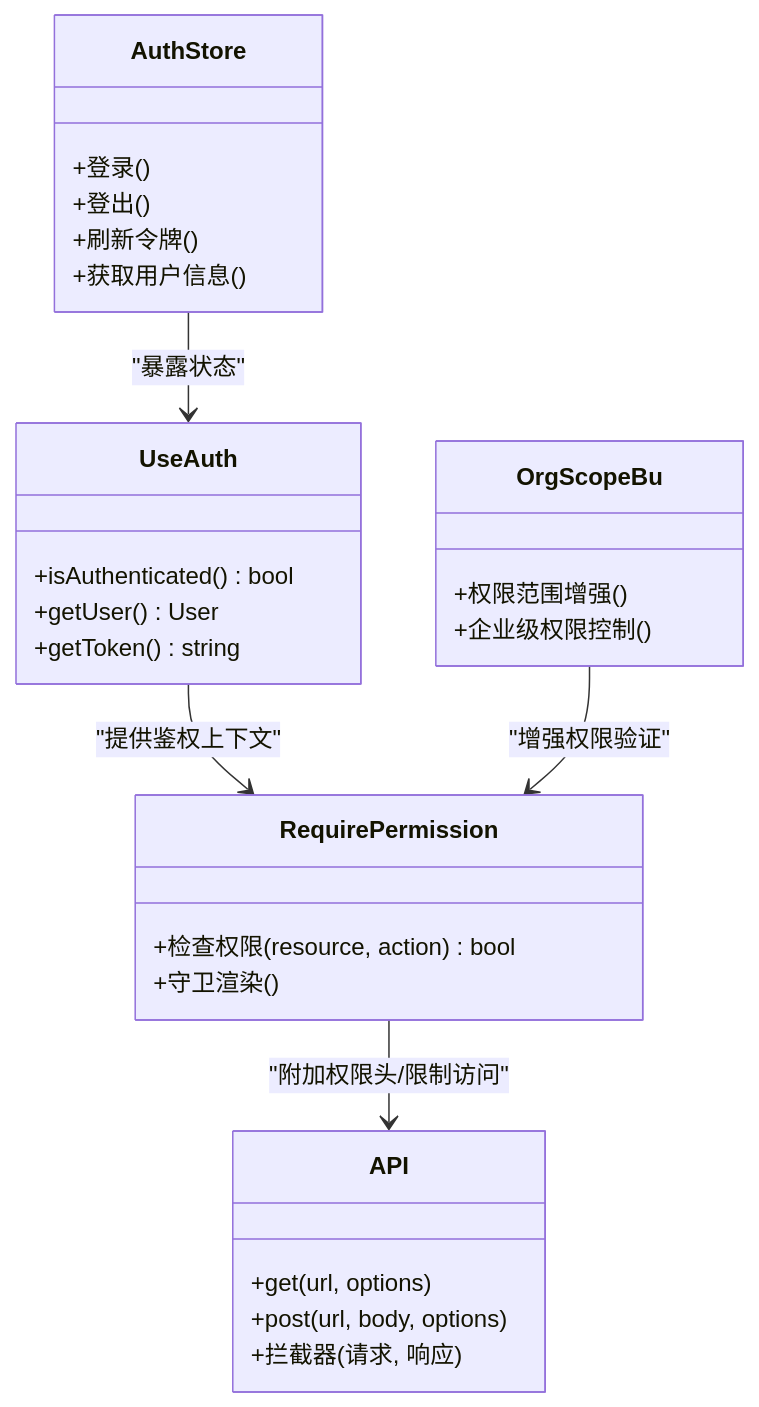
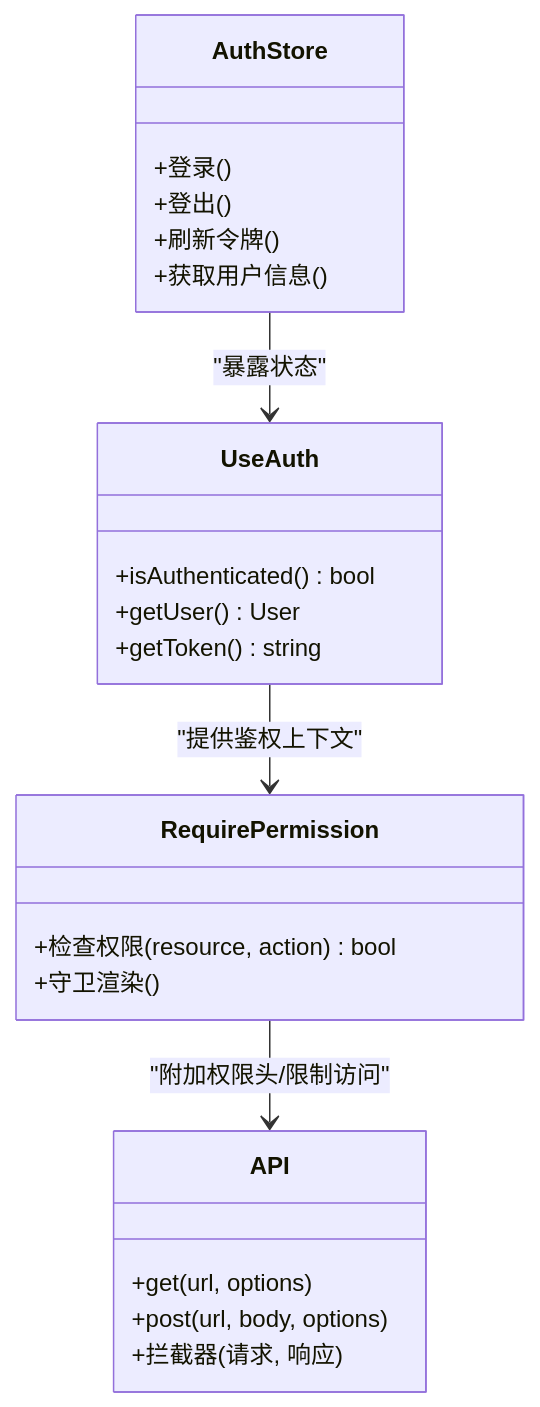
Before and after one commit to Damao997/newproject: the fourth of 6 diagrams in .qoder/repowiki/zh/content/架构设计/数据库架构设计.md, drawn with Mermaid. The commit also changed other lines of this file and 30 other files, not shown here.

````diff
--- a/.qoder/repowiki/zh/content/架构设计/数据库架构设计.md
+++ b/.qoder/repowiki/zh/content/架构设计/数据库架构设计.md
@@ -241,31 +208,26 @@
 ```mermaid
 classDiagram
 class AuthStore {
 +登录()
 +登出()
 +刷新令牌()
 +获取用户信息()
 }
 class UseAuth {
 +isAuthenticated() bool
 +getUser() User
 +getToken() string
 }
 class RequirePermission {
 +检查权限(resource, action) bool
 +守卫渲染()
 }
 class API {
 +get(url, options)
 +post(url, body, options)
 +拦截器(请求, 响应)
 }
-class OrgScopeBu {
-+权限范围增强()
-+企业级权限控制()
-}
 AuthStore --> UseAuth : "暴露状态"
 UseAuth --> RequirePermission : "提供鉴权上下文"
 RequirePermission --> API : "附加权限头/限制访问"
-OrgScopeBu --> RequirePermission : "增强权限验证"
 ```
````
